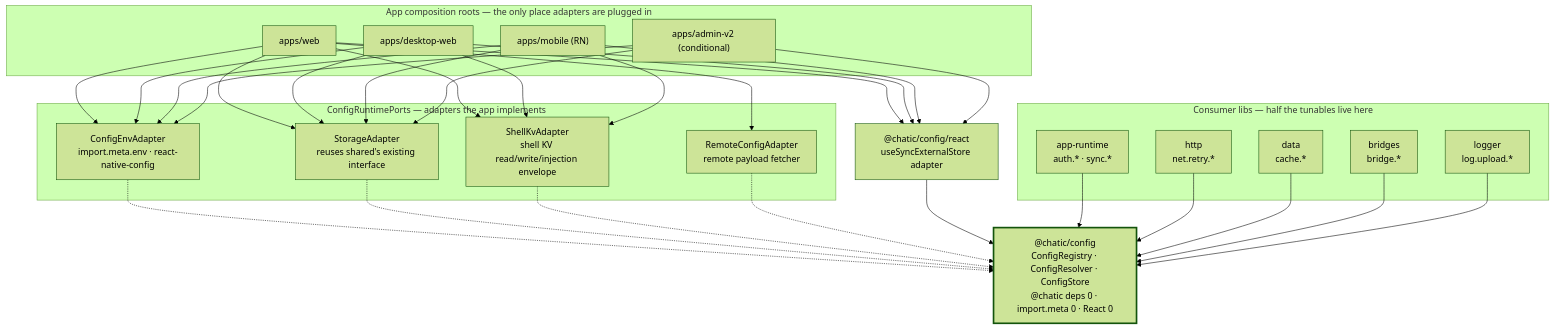
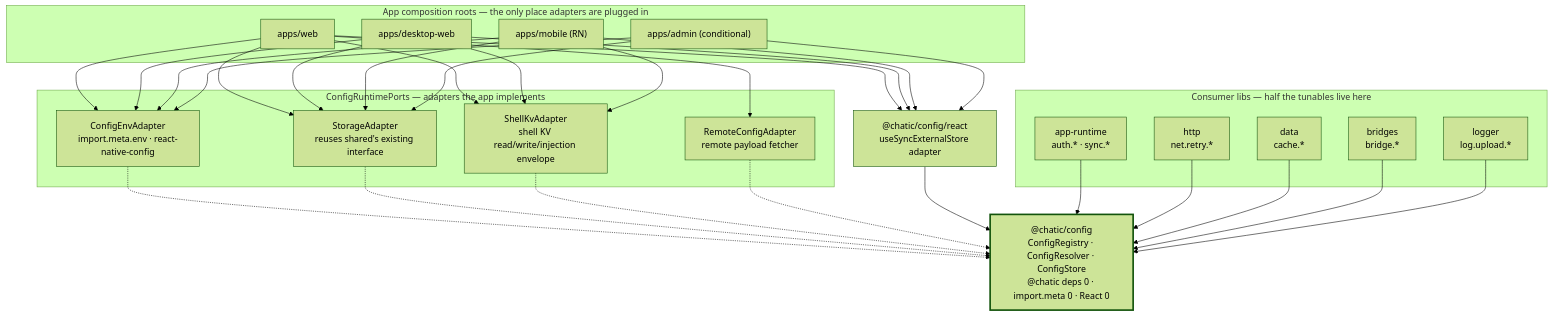
One commit to lemoncloud-io/dou-app changed the first of 4 diagrams in docs/adr/0079-config-registry-and-lane-resolver.md. Above: the diagram before and after it, drawn with Mermaid (forest theme). The commit also changed other lines of this file and 484 other files, not shown here.

First line of the commit message:
refactor(admin,testbed): retire apps/testbed and rename apps/admin-v2 to apps/admin

````diff
--- a/docs/adr/0079-config-registry-and-lane-resolver.md
+++ b/docs/adr/0079-config-registry-and-lane-resolver.md
@@ -838,40 +838,40 @@
 ```mermaid
 graph TD
     subgraph roots["App composition roots — the only place adapters are plugged in"]
         WEB["apps/web"]
         DWEB["apps/desktop-web"]
         MOB["apps/mobile (RN)"]
-        ADM["apps/admin-v2 (conditional)"]
+        ADM["apps/admin (conditional)"]
     end
 
     subgraph ports["ConfigRuntimePorts — adapters the app implements"]
         ENV["ConfigEnvAdapter<br/>import.meta.env · react-native-config"]
         STO["StorageAdapter<br/>reuses shared's existing interface"]
         SHL["ShellKvAdapter<br/>shell KV read/write/injection envelope"]
         REM["RemoteConfigAdapter<br/>remote payload fetcher"]
     end
 
     CFG["@chatic/config<br/>ConfigRegistry · ConfigResolver · ConfigStore<br/>@chatic deps 0 · import.meta 0 · React 0"]
     RCT["@chatic/config/react<br/>useSyncExternalStore adapter"]
 
     subgraph consumers["Consumer libs — half the tunables live here"]
         ART["app-runtime<br/>auth.* · sync.*"]
         HTP["http<br/>net.retry.*"]
         DAT["data<br/>cache.*"]
         BRG["bridges<br/>bridge.*"]
         LGR["logger<br/>log.upload.*"]
     end
 
     WEB --> ENV & STO & SHL & REM
     DWEB --> ENV & STO & SHL
     MOB --> ENV & STO & SHL
     ADM --> ENV & STO
 
     ENV & STO & SHL & REM -.-> CFG
 
     WEB & DWEB & MOB & ADM --> RCT
     RCT --> CFG
     ART & HTP & DAT & BRG & LGR --> CFG
 
     style CFG stroke-width:3px
 ```
````
